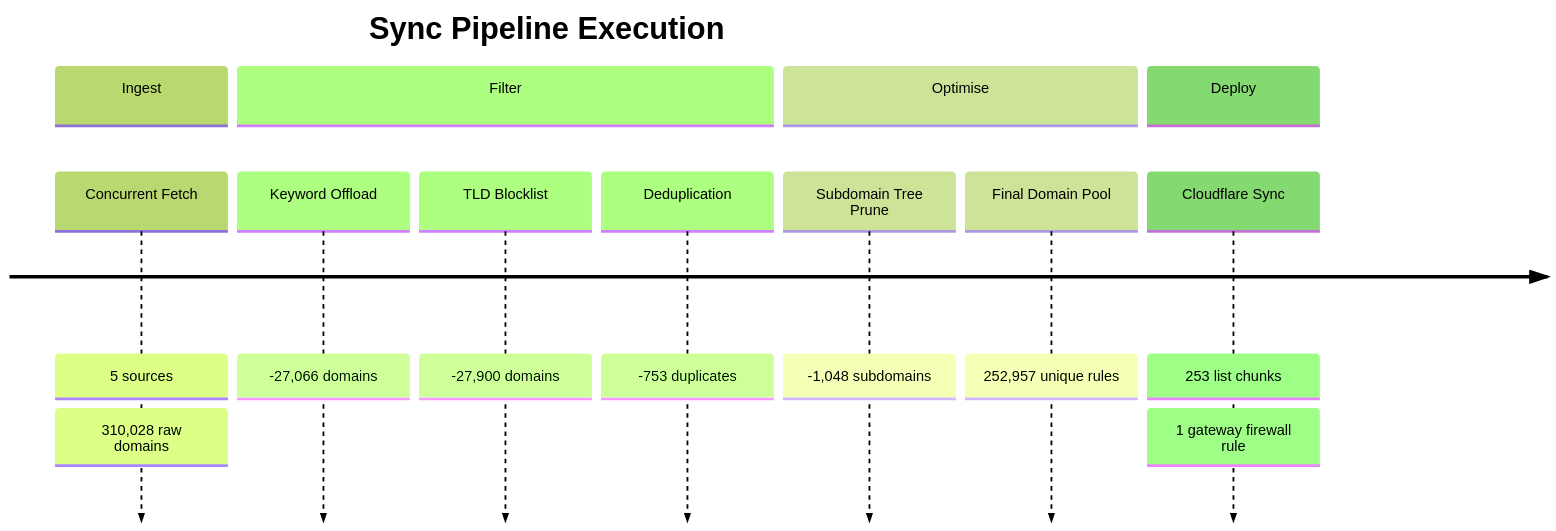
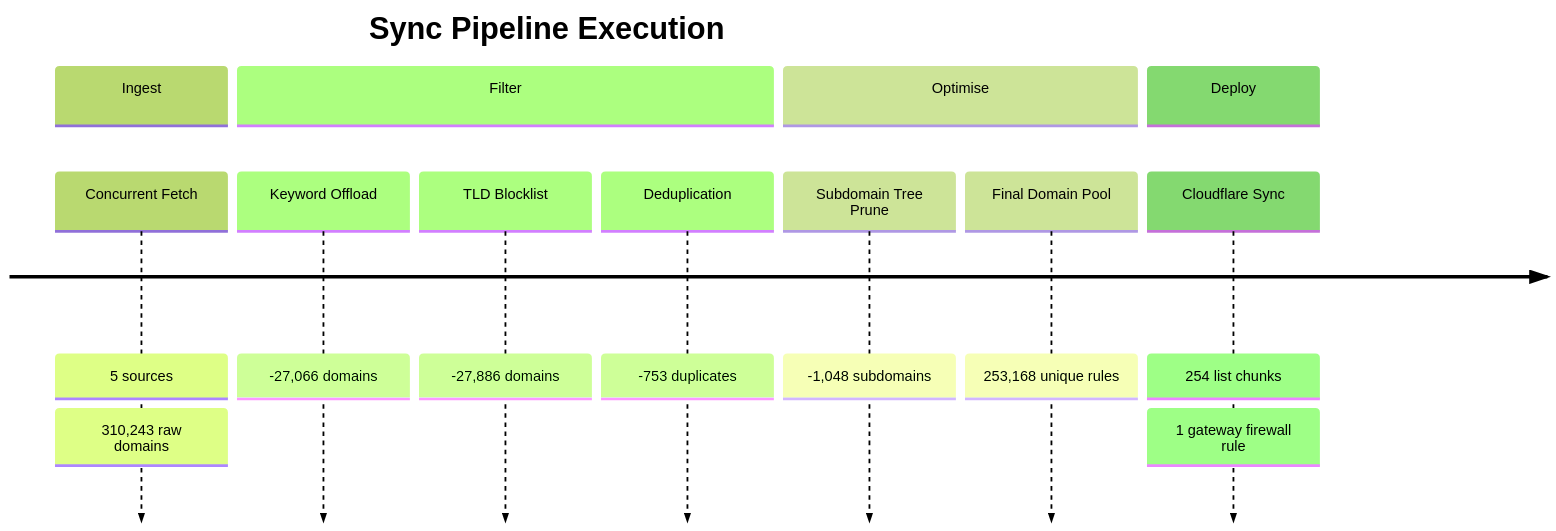
Before and after one commit to brojangles24/Cloudflare-ZeroTrust-AdBlock: the second of 6 diagrams in README_STATS.md, drawn with Mermaid (forest theme). The commit also changed other lines of this file and 1 other file, not shown here.

````diff
--- a/README_STATS.md
+++ b/README_STATS.md
@@ -54,17 +54,17 @@
 ```mermaid
 timeline
     title Sync Pipeline Execution
     section Ingest
         Concurrent Fetch   : 5 sources
-                           : 310,028 raw domains
+                           : 310,243 raw domains
     section Filter
         Keyword Offload    : -27,066 domains
-        TLD Blocklist      : -27,900 domains
+        TLD Blocklist      : -27,886 domains
         Deduplication      : -753 duplicates
     section Optimise
         Subdomain Tree Prune : -1,048 subdomains
-        Final Domain Pool    : 252,957 unique rules
+        Final Domain Pool    : 253,168 unique rules
     section Deploy
-        Cloudflare Sync    : 253 list chunks
+        Cloudflare Sync    : 254 list chunks
                            : 1 gateway firewall rule
 ```
````
